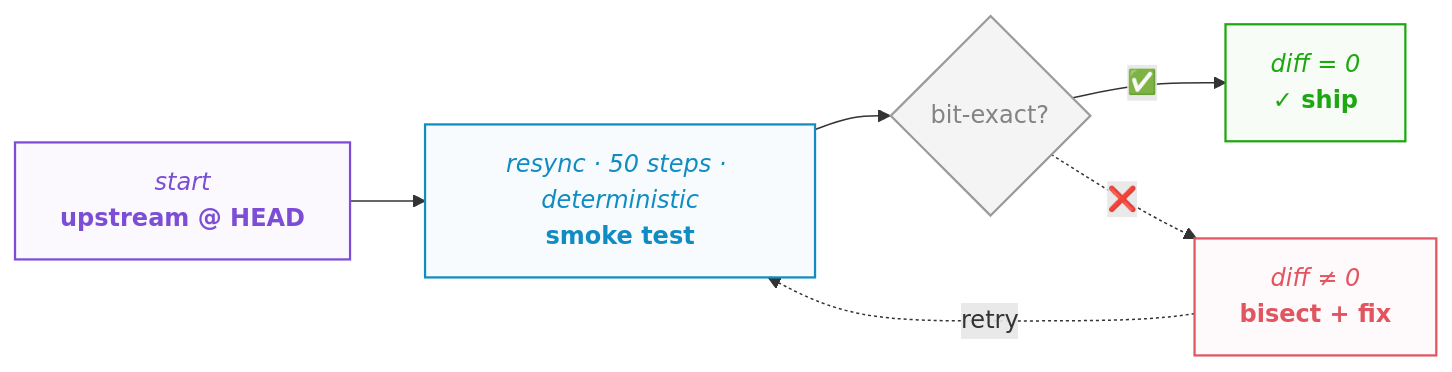
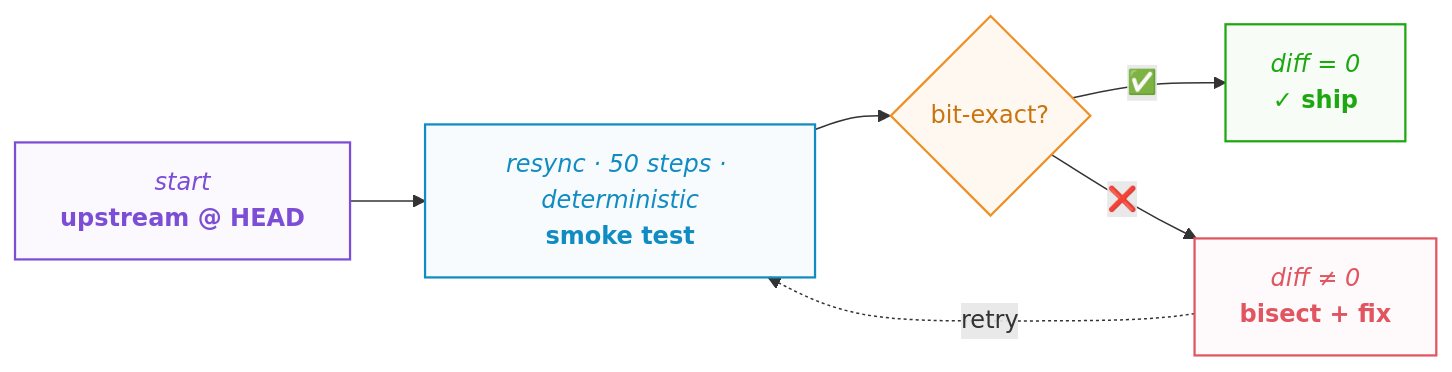
The second of 7 diagrams in web/src/pages/talks/2026/07/14/index.mdx (saforem2/sam.onl), drawn with Mermaid before and after one commit. The commit also changed other lines of this file, not shown here.

First line of the commit message:
content(talks): ezpz diagram back to LR, fork-tax gate amber + solid branches, CPT callout top-align

````diff
--- a/web/src/pages/talks/2026/07/14/index.mdx
+++ b/web/src/pages/talks/2026/07/14/index.mdx
@@ -810,19 +771,19 @@
 ```mermaid
 flowchart LR
     A["<i>start</i><br/><span style='font-weight:700'>upstream @ HEAD</span>"] --> B["<i>resync · 50 steps · deterministic</i><br/><span style='font-weight:700'>smoke test</span>"]
     B --> D{"bit-exact?"}
     D -->|✅| C["<i>diff = 0</i><br/><span style='font-weight:700'>✓ ship</span>"]
-    D -.->|❌️| F["<i>diff &ne; 0</i><br/><span style='font-weight:700'>bisect + fix</span>"]
+    D -->|❌️| F["<i>diff &ne; 0</i><br/><span style='font-weight:700'>bisect + fix</span>"]
     F -.->|retry| B
 
     classDef source fill:#7c4ed508,stroke:#7c4ed5,color:#7c4ed5,stroke-width:1.5px
     classDef stage  fill:#118cc208,stroke:#118cc2,color:#118cc2,stroke-width:1.5px
     classDef ship   fill:#1da81108,stroke:#1da811,color:#1da811,stroke-width:1.5px
-    classDef gate   fill:#8a8a8a18,stroke:#9a9a9a,color:#838383,stroke-width:1.5px
+    classDef gate   fill:#ee8f2410,stroke:#ee8f24,color:#c9750f,stroke-width:1.5px
     classDef bad    fill:#e0556008,stroke:#e05560,color:#e05560,stroke-width:1.5px
     class A source
     class B stage
     class D gate
     class C ship
     class F bad
 ```
````
